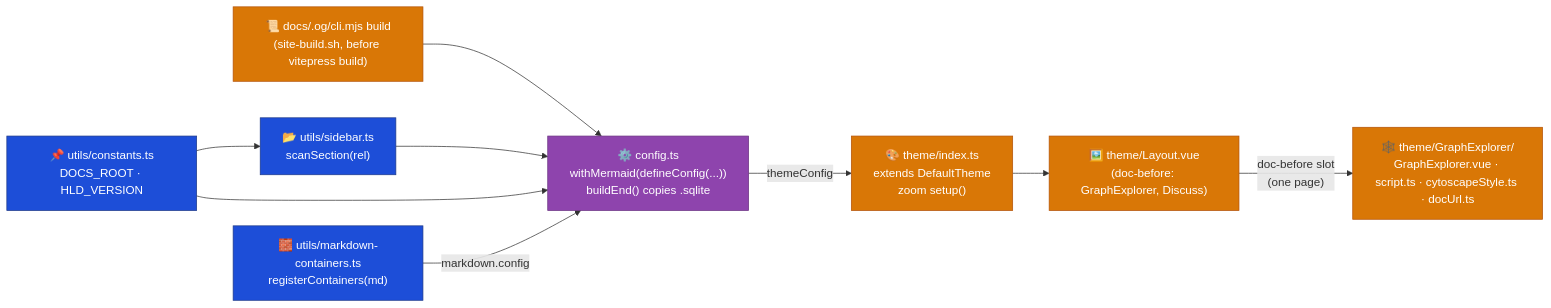
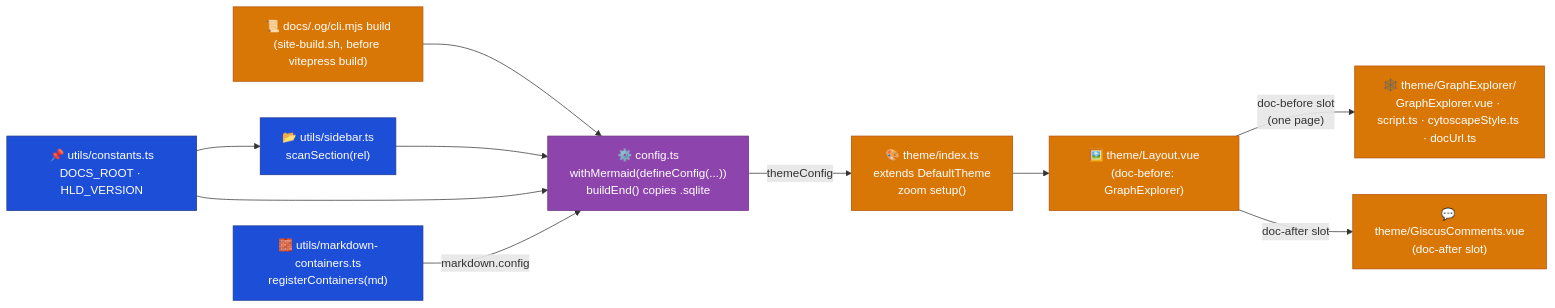
One commit to DataArt/artisyn-implementation-harness changed the diagram in docs/System Architecture (LLD)/Web/00. Overview.md. Above: the diagram before and after it, drawn with Mermaid. The commit also changed other lines of this file and 16 other files, not shown here.

````diff
--- a/docs/System Architecture (LLD)/Web/00. Overview.md
+++ b/docs/System Architecture (LLD)/Web/00. Overview.md
@@ -13,25 +13,27 @@
 ```mermaid
 flowchart LR
     OG["📜 docs/.og/cli.mjs build\n(site-build.sh, before vitepress build)"]:::og
     CFG["⚙️ config.ts\nwithMermaid(defineConfig(...))\nbuildEnd() copies .sqlite"]:::cfg
     SIDE["📂 utils/sidebar.ts\nscanSection(rel)"]:::util
     CONST["📌 utils/constants.ts\nDOCS_ROOT · HLD_VERSION"]:::util
     MDC["🧱 utils/markdown-containers.ts\nregisterContainers(md)"]:::util
     IDX["🎨 theme/index.ts\nextends DefaultTheme\nzoom setup()"]:::theme
-    LAY["🖼️ theme/Layout.vue\n(doc-before: GraphExplorer, Discuss)"]:::theme
+    LAY["🖼️ theme/Layout.vue\n(doc-before: GraphExplorer)"]:::theme
     GE["🕸️ theme/GraphExplorer/\nGraphExplorer.vue · script.ts · cytoscapeStyle.ts · docUrl.ts"]:::theme
+    GC["💬 theme/GiscusComments.vue\n(doc-after slot)"]:::theme
 
     OG --> CFG
     CONST --> SIDE
     SIDE --> CFG
     CONST --> CFG
     MDC -->|"markdown.config"| CFG
     CFG -->|"themeConfig"| IDX
     IDX --> LAY
     LAY -->|"doc-before slot\n(one page)"| GE
+    LAY -->|"doc-after slot"| GC
 
     classDef og    fill:#D97706,stroke:#B45309,color:#fff
     classDef cfg   fill:#8E44AD,stroke:#6C3483,color:#fff
     classDef util  fill:#1D4ED8,stroke:#1e3a8a,color:#fff
     classDef theme fill:#D97706,stroke:#B45309,color:#fff
 ```
````
